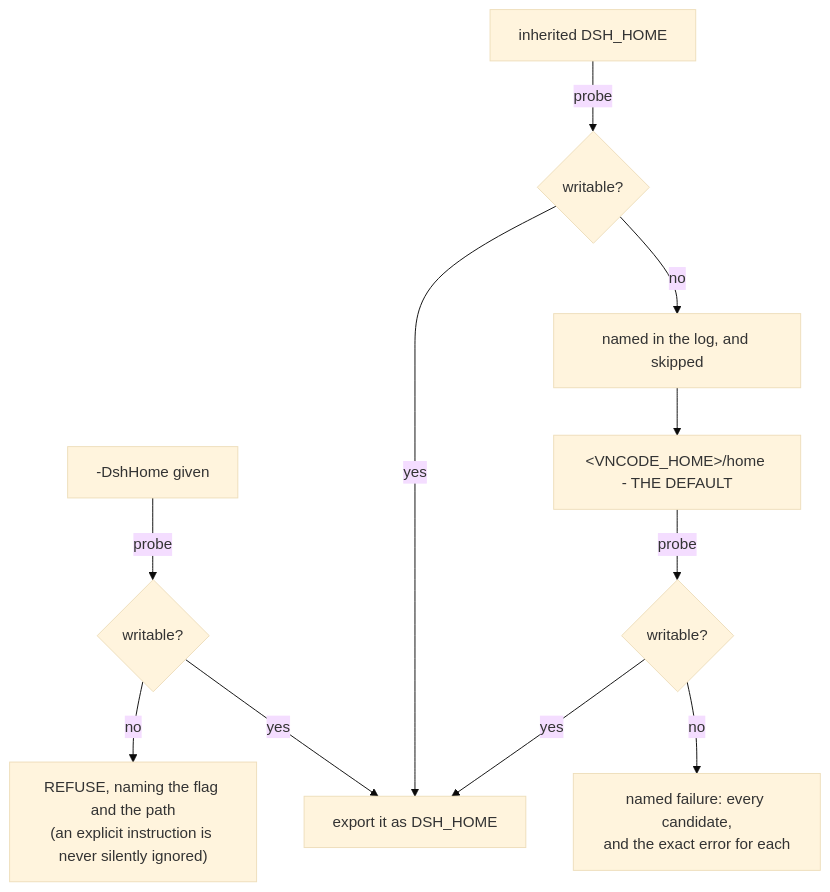
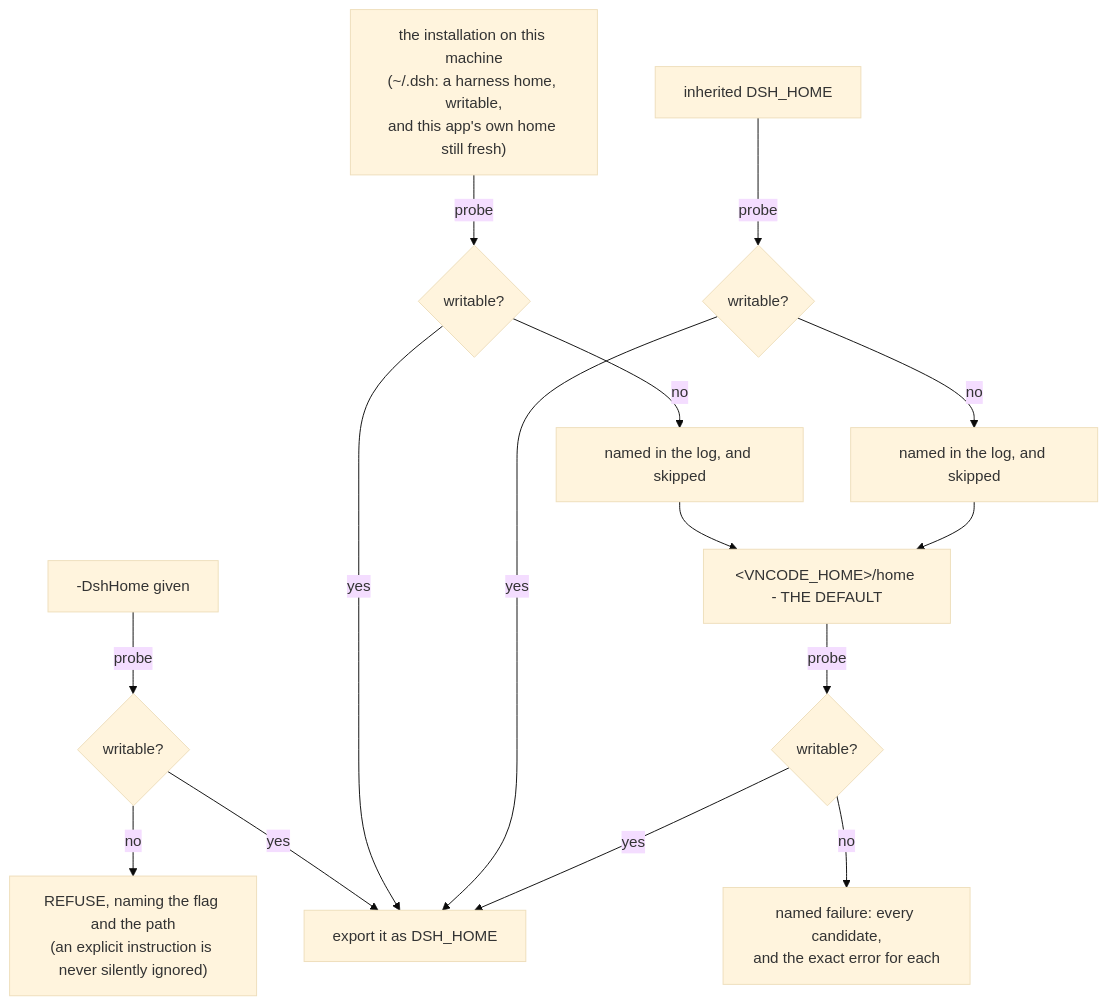
The diagram in docs/PLAN-egui-shell.md (vecnode/vn-code), drawn with Mermaid (base theme) before and after one commit. The commit also changed other lines of this file and 10 other files, not shown here.

````diff
--- a/docs/PLAN-egui-shell.md
+++ b/docs/PLAN-egui-shell.md
@@ -130,12 +130,15 @@
 ```mermaid
 flowchart TD
     Flag["-DshHome given"] -->|probe| F{"writable?"}
     F -->|"no"| Refuse["REFUSE, naming the flag and the path<br/>(an explicit instruction is never silently ignored)"]
     F -->|"yes"| Use["export it as DSH_HOME"]
+    Found["the installation on this machine<br/>(~/.dsh: a harness home, writable,<br/>and this app's own home still fresh)"] -->|probe| G{"writable?"}
+    G -->|"yes"| Use
+    G -->|"no"| GNote["named in the log, and skipped"] --> Own
     Env["inherited DSH_HOME"] -->|probe| E{"writable?"}
     E -->|"yes"| Use
     E -->|"no"| ENote["named in the log, and skipped"] --> Own
     Own["&lt;VNCODE_HOME&gt;/home - THE DEFAULT"] -->|probe| O{"writable?"}
     O -->|"yes"| Use
     O -->|"no"| Fail["named failure: every candidate,<br/>and the exact error for each"]
 ```
````
